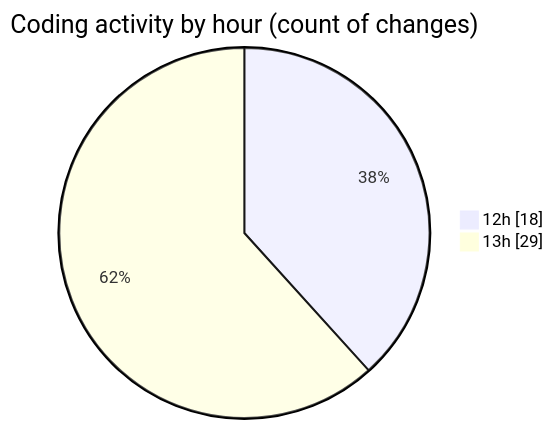
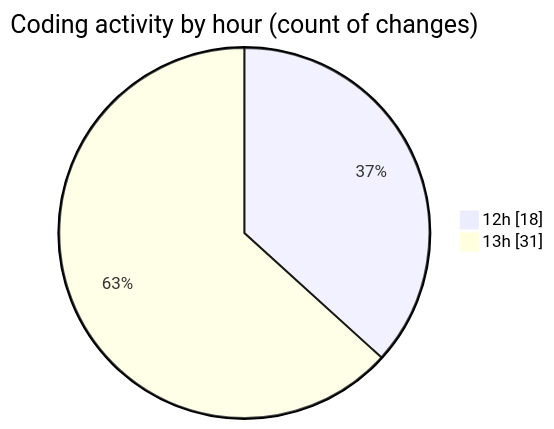
Before and after one commit to Netris89/code-tracking: the second of 2 diagrams in 2025-05-04/date/README.md, drawn with Mermaid. The commit also changed other lines of this file and 1 other file, not shown here.

````diff
--- a/2025-05-04/date/README.md
+++ b/2025-05-04/date/README.md
@@ -40,6 +41,6 @@
 ```mermaid
 pie showData
 title Coding activity by hour (count of changes)
 "12h" : 18
-"13h" : 29
+"13h" : 31
 ```
````
